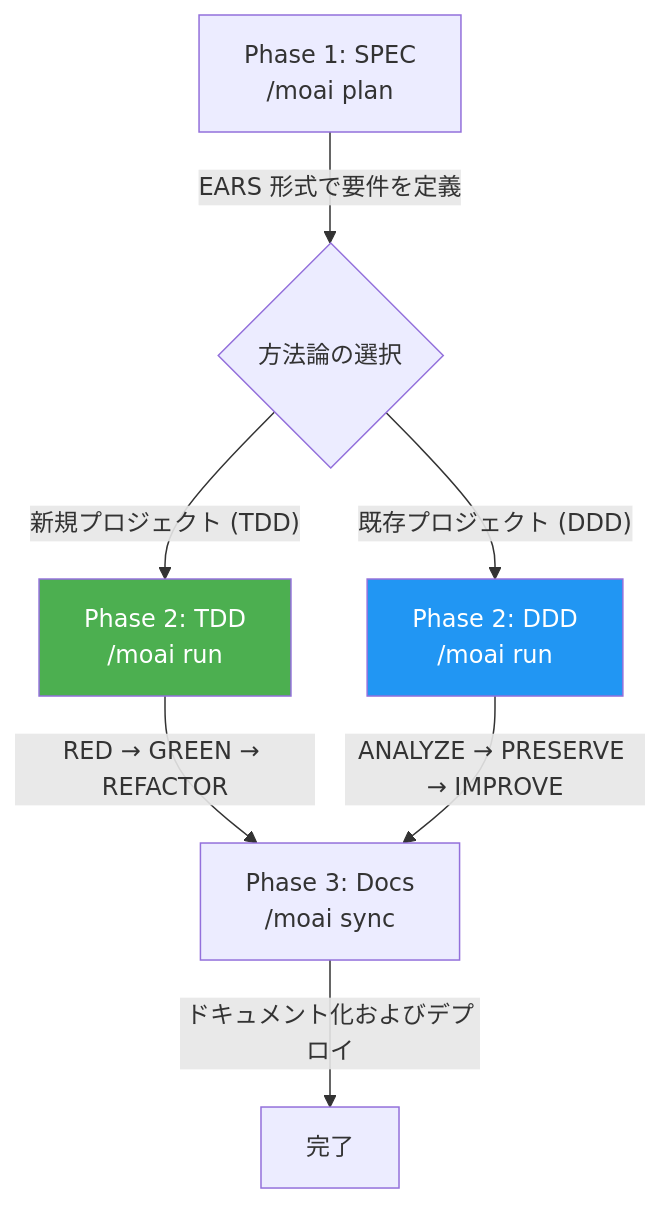
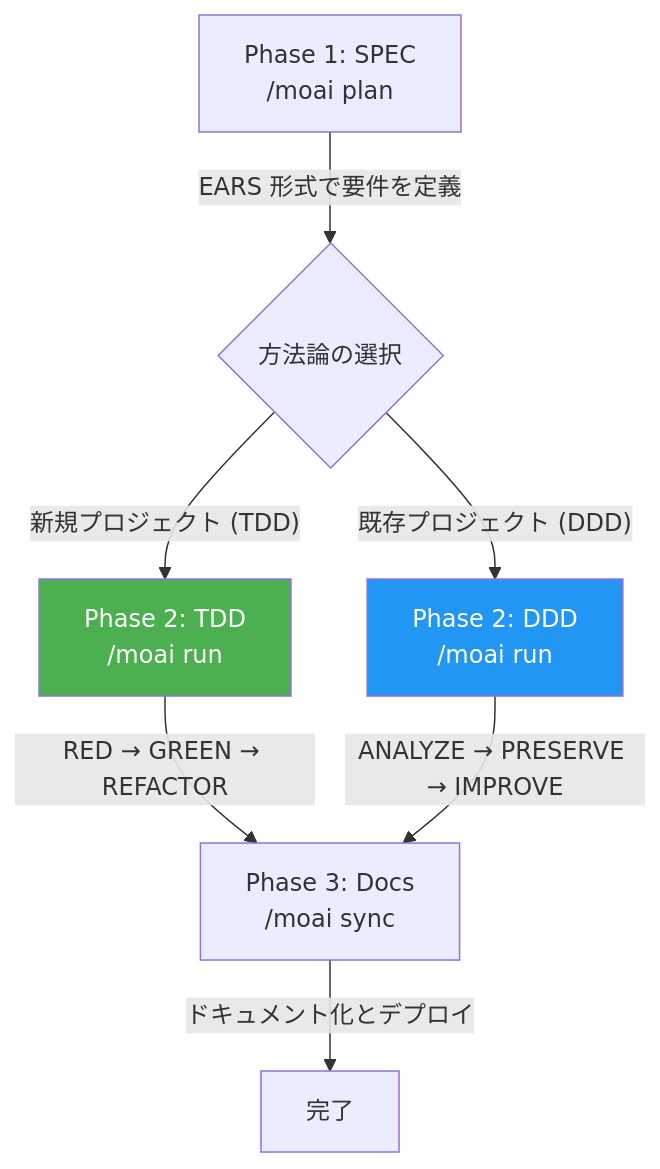
Before and after one commit to modu-ai/moai-adk: the diagram in docs-site/content/ja/getting-started/introduction.md, drawn with Mermaid. The commit also changed other lines of this file and 25 other files, not shown here.

````diff
--- a/docs-site/content/ja/getting-started/introduction.md
+++ b/docs-site/content/ja/getting-started/introduction.md
@@ -153,12 +171,12 @@
 ```mermaid
 flowchart TD
     A["Phase 1: SPEC<br/>/moai plan"] -->|"EARS 形式で要件を定義"| B{"方法論の選択"}
     B -->|"新規プロジェクト (TDD)"| C["Phase 2: TDD<br/>/moai run"]
     B -->|"既存プロジェクト (DDD)"| D["Phase 2: DDD<br/>/moai run"]
     C -->|"RED → GREEN → REFACTOR"| E["Phase 3: Docs<br/>/moai sync"]
     D -->|"ANALYZE → PRESERVE → IMPROVE"| E
-    E -->|"ドキュメント化およびデプロイ"| F["完了"]
+    E -->|"ドキュメント化とデプロイ"| F["完了"]
 
     style C fill:#4CAF50,color:#fff
     style D fill:#2196F3,color:#fff
 ```
````
